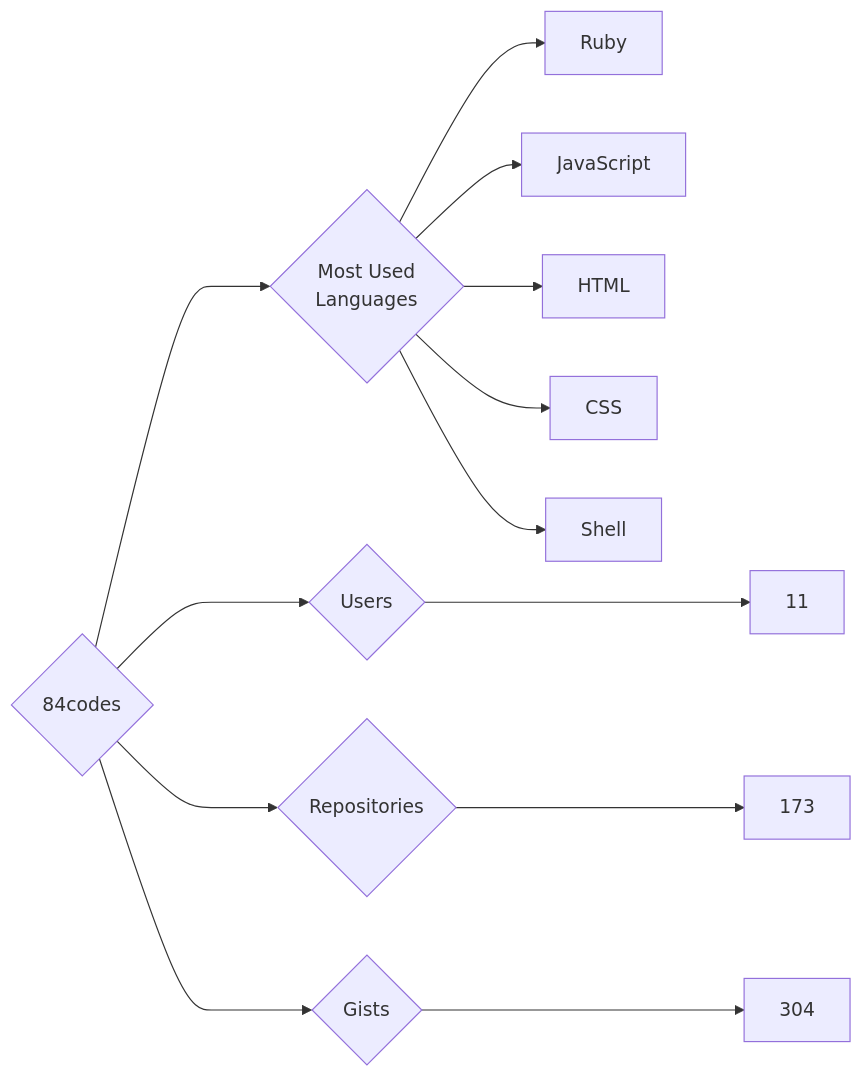
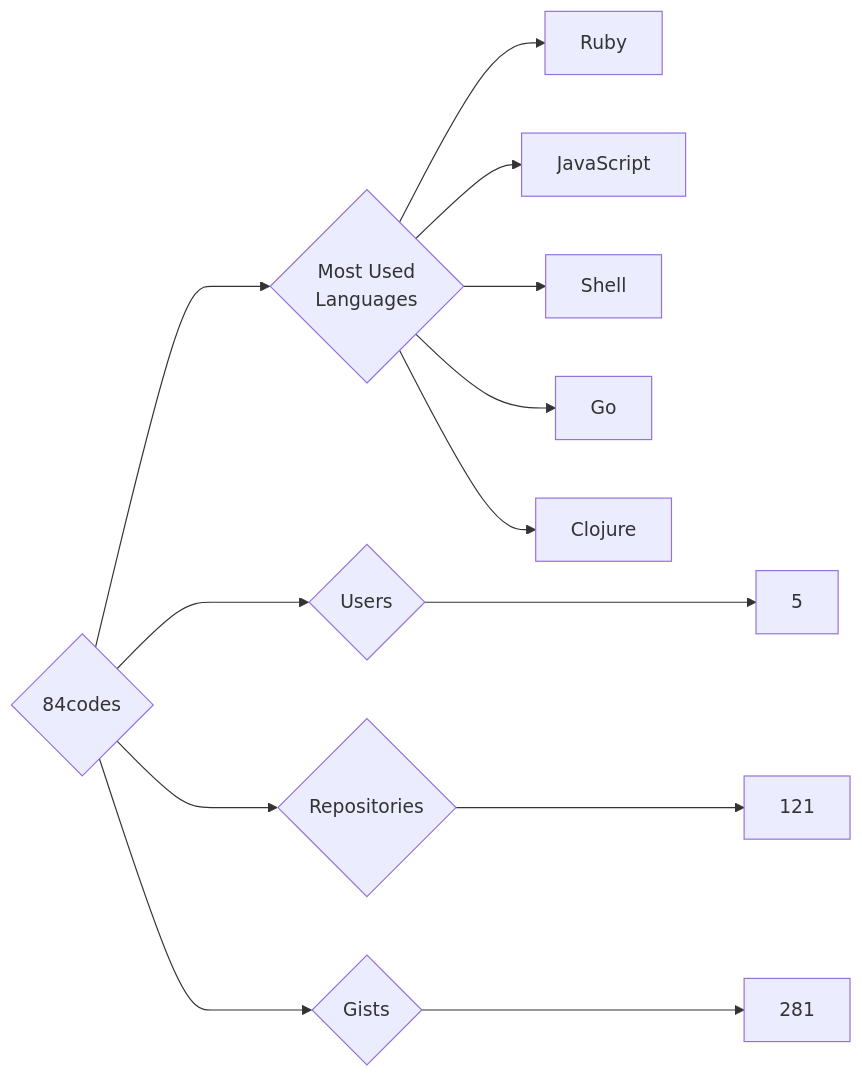
Before and after one commit to trickest/insiders: the diagram in targets/84codes/README.md, drawn with Mermaid. The commit also changed 882 other files, not shown here.

````diff
--- a/targets/84codes/README.md
+++ b/targets/84codes/README.md
@@ -3,13 +3,13 @@
 ```mermaid
 graph LR
 COMPANY_NAME{84codes}
-COMPANY_NAME ---> U{Users} ---> UN[11]
-COMPANY_NAME ---> R{Repositories} ---> RN[173]
-COMPANY_NAME ---> G{Gists} ---> GN[304]
+COMPANY_NAME ---> U{Users} ---> UN[5]
+COMPANY_NAME ---> R{Repositories} ---> RN[121]
+COMPANY_NAME ---> G{Gists} ---> GN[281]
 COMPANY_NAME ---> ML{Most Used<br>Languages}
 ML --> Ruby[Ruby]
 ML --> JavaScript[JavaScript]
-ML --> HTML[HTML]
-ML --> CSS[CSS]
 ML --> Shell[Shell]
+ML --> Go[Go]
+ML --> Clojure[Clojure]
 ```
````
